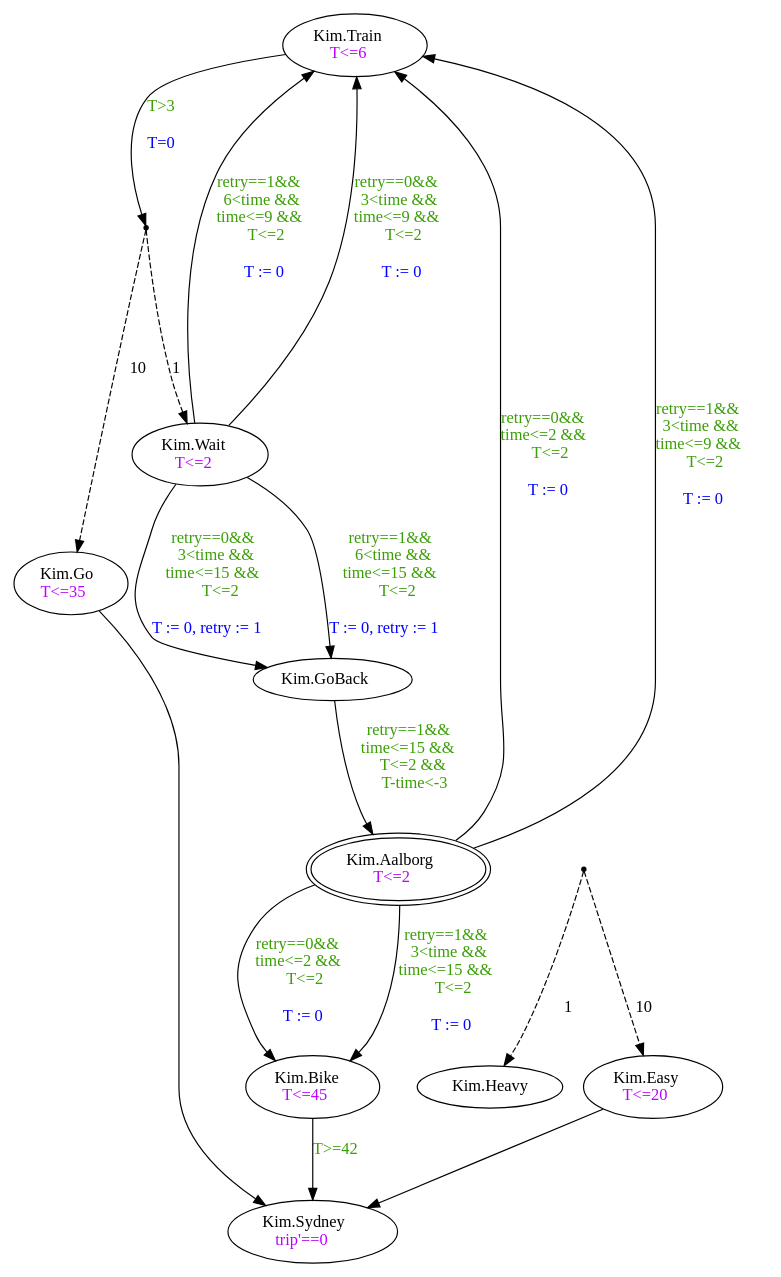
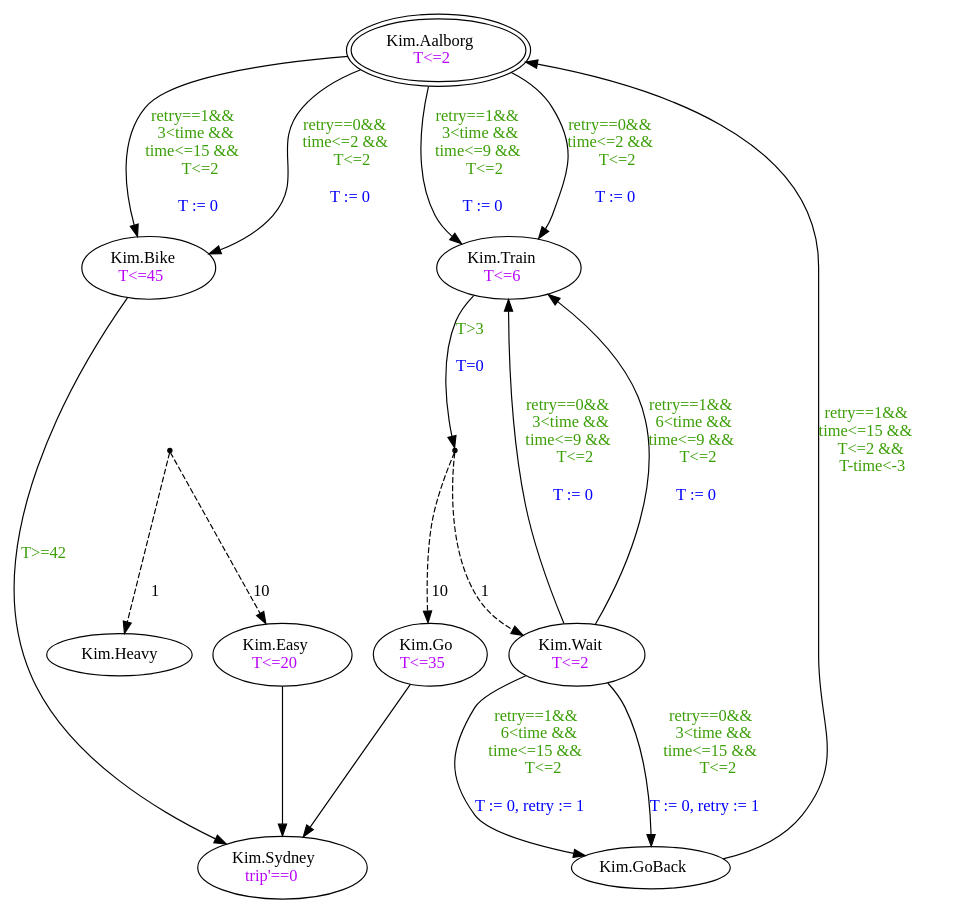
Before and after one commit to LesLivia/StrategyViz: the diagram in resources/ptas/gofastsafe.gv, drawn with Graphviz. The commit also changed other lines of this file and 5 other files, not shown here.

```diff
--- a/resources/ptas/gofastsafe.gv
+++ b/resources/ptas/gofastsafe.gv
@@ -1,29 +1,29 @@
 digraph gofastsafe {
+	"Kim.Sydney" [label=<Kim.Sydney<BR/><font color='#ba03fc'>trip'==0</font>>]
 	"Kim.Train" [label=<Kim.Train<BR/><font color='#ba03fc'>T&lt;=6</font>>]
 	"Kim.Easy" [label=<Kim.Easy<BR/><font color='#ba03fc'>T&lt;=20</font>>]
-	"Kim.Sydney" [label=<Kim.Sydney<BR/><font color='#ba03fc'>trip'==0</font>>]
+	"Kim.Aalborg" [label=<Kim.Aalborg<BR/><font color='#ba03fc'>T&lt;=2</font>> peripheries=2]
+	"Kim.Bike" [label=<Kim.Bike<BR/><font color='#ba03fc'>T&lt;=45</font>>]
+	"Kim.Go" [label=<Kim.Go<BR/><font color='#ba03fc'>T&lt;=35</font>>]
+	"Kim.GoBack" [label=<Kim.GoBack<BR/>>]
 	"Kim.Wait" [label=<Kim.Wait<BR/><font color='#ba03fc'>T&lt;=2</font>>]
-	"Kim.Bike" [label=<Kim.Bike<BR/><font color='#ba03fc'>T&lt;=45</font>>]
-	"Kim.GoBack" [label=<Kim.GoBack<BR/>>]
-	"Kim.Go" [label=<Kim.Go<BR/><font color='#ba03fc'>T&lt;=35</font>>]
-	"Kim.Aalborg" [label=<Kim.Aalborg<BR/><font color='#ba03fc'>T&lt;=2</font>> peripheries=2]
-	id10 -> "Kim.Go" [label=<<BR/><BR/><BR/>10> style=dashed]
-	"Kim.Wait" -> "Kim.GoBack" [label=<<font color='#3a9e05'>retry==1&amp;&amp;<BR/>6&lt;time &amp;&amp;<BR/>time&lt;=15 &amp;&amp;<BR/>T&lt;=2</font><BR/><BR/><font color='blue'> T := 0, retry := 1<BR/></font>>]
-	"Kim.Wait" -> "Kim.GoBack" [label=<<font color='#3a9e05'>retry==0&amp;&amp;<BR/>3&lt;time &amp;&amp;<BR/>time&lt;=15 &amp;&amp;<BR/>T&lt;=2</font><BR/><BR/><font color='blue'> T := 0, retry := 1<BR/></font>>]
-	"Kim.Easy" -> "Kim.Sydney" [label=<<BR/><BR/>>]
-	"Kim.GoBack" -> "Kim.Aalborg" [label=<<font color='#3a9e05'>retry==1&amp;&amp;<BR/>time&lt;=15 &amp;&amp;<BR/>T&lt;=2 &amp;&amp;<BR/>T-time&lt;-3</font><BR/><BR/>>]
-	"Kim.Aalborg" -> "Kim.Bike" [label=<<font color='#3a9e05'>retry==1&amp;&amp;<BR/>3&lt;time &amp;&amp;<BR/>time&lt;=15 &amp;&amp;<BR/>T&lt;=2</font><BR/><BR/><font color='blue'> T := 0<BR/></font>>]
-	id11 -> "Kim.Heavy" [label=<<BR/><BR/><BR/>1> style=dashed]
-	"Kim.Aalborg" -> "Kim.Bike" [label=<<font color='#3a9e05'>retry==0&amp;&amp;<BR/>time&lt;=2 &amp;&amp;<BR/>T&lt;=2</font><BR/><BR/><font color='blue'> T := 0<BR/></font>>]
-	"Kim.Bike" -> "Kim.Sydney" [label=<<font color='#3a9e05'>T&gt;=42</font><BR/><BR/>>]
-	"Kim.Train" -> id10 [label=<<font color='#3a9e05'>T&gt;3</font><BR/><BR/><font color='blue'>T=0</font>>]
+	"Kim.Wait" -> "Kim.Train" [label=<<font color='#3a9e05'>retry==0&amp;&amp;<BR/>3&lt;time &amp;&amp;<BR/>time&lt;=9 &amp;&amp;<BR/>T&lt;=2</font><BR/><BR/><font color='blue'> T := 0<BR/></font>>]
 	"Kim.Aalborg" -> "Kim.Train" [label=<<font color='#3a9e05'>retry==0&amp;&amp;<BR/>time&lt;=2 &amp;&amp;<BR/>T&lt;=2</font><BR/><BR/><font color='blue'> T := 0<BR/></font>>]
 	id11 -> "Kim.Easy" [label=<<BR/><BR/><BR/>10> style=dashed]
+	id11 -> "Kim.Heavy" [label=<<BR/><BR/><BR/>1> style=dashed]
+	"Kim.Wait" -> "Kim.GoBack" [label=<<font color='#3a9e05'>retry==1&amp;&amp;<BR/>6&lt;time &amp;&amp;<BR/>time&lt;=15 &amp;&amp;<BR/>T&lt;=2</font><BR/><BR/><font color='blue'> T := 0, retry := 1<BR/></font>>]
+	id10 -> "Kim.Go" [label=<<BR/><BR/><BR/>10> style=dashed]
 	id10 -> "Kim.Wait" [label=<<BR/><BR/><BR/>1> style=dashed]
+	"Kim.Easy" -> "Kim.Sydney" [label=<<BR/><BR/>>]
+	"Kim.Train" -> id10 [label=<<font color='#3a9e05'>T&gt;3</font><BR/><BR/><font color='blue'>T=0</font>>]
+	"Kim.Go" -> "Kim.Sydney" [label=<<BR/><BR/>>]
 	"Kim.Aalborg" -> "Kim.Train" [label=<<font color='#3a9e05'>retry==1&amp;&amp;<BR/>3&lt;time &amp;&amp;<BR/>time&lt;=9 &amp;&amp;<BR/>T&lt;=2</font><BR/><BR/><font color='blue'> T := 0<BR/></font>>]
-	"Kim.Go" -> "Kim.Sydney" [label=<<BR/><BR/>>]
+	"Kim.Aalborg" -> "Kim.Bike" [label=<<font color='#3a9e05'>retry==0&amp;&amp;<BR/>time&lt;=2 &amp;&amp;<BR/>T&lt;=2</font><BR/><BR/><font color='blue'> T := 0<BR/></font>>]
+	"Kim.Wait" -> "Kim.GoBack" [label=<<font color='#3a9e05'>retry==0&amp;&amp;<BR/>3&lt;time &amp;&amp;<BR/>time&lt;=15 &amp;&amp;<BR/>T&lt;=2</font><BR/><BR/><font color='blue'> T := 0, retry := 1<BR/></font>>]
 	"Kim.Wait" -> "Kim.Train" [label=<<font color='#3a9e05'>retry==1&amp;&amp;<BR/>6&lt;time &amp;&amp;<BR/>time&lt;=9 &amp;&amp;<BR/>T&lt;=2</font><BR/><BR/><font color='blue'> T := 0<BR/></font>>]
-	"Kim.Wait" -> "Kim.Train" [label=<<font color='#3a9e05'>retry==0&amp;&amp;<BR/>3&lt;time &amp;&amp;<BR/>time&lt;=9 &amp;&amp;<BR/>T&lt;=2</font><BR/><BR/><font color='blue'> T := 0<BR/></font>>]
+	"Kim.Aalborg" -> "Kim.Bike" [label=<<font color='#3a9e05'>retry==1&amp;&amp;<BR/>3&lt;time &amp;&amp;<BR/>time&lt;=15 &amp;&amp;<BR/>T&lt;=2</font><BR/><BR/><font color='blue'> T := 0<BR/></font>>]
+	"Kim.GoBack" -> "Kim.Aalborg" [label=<<font color='#3a9e05'>retry==1&amp;&amp;<BR/>time&lt;=15 &amp;&amp;<BR/>T&lt;=2 &amp;&amp;<BR/>T-time&lt;-3</font><BR/><BR/>>]
+	"Kim.Bike" -> "Kim.Sydney" [label=<<font color='#3a9e05'>T&gt;=42</font><BR/><BR/>>]
 	id10 [shape=point]
 	id11 [shape=point]
 }
```
